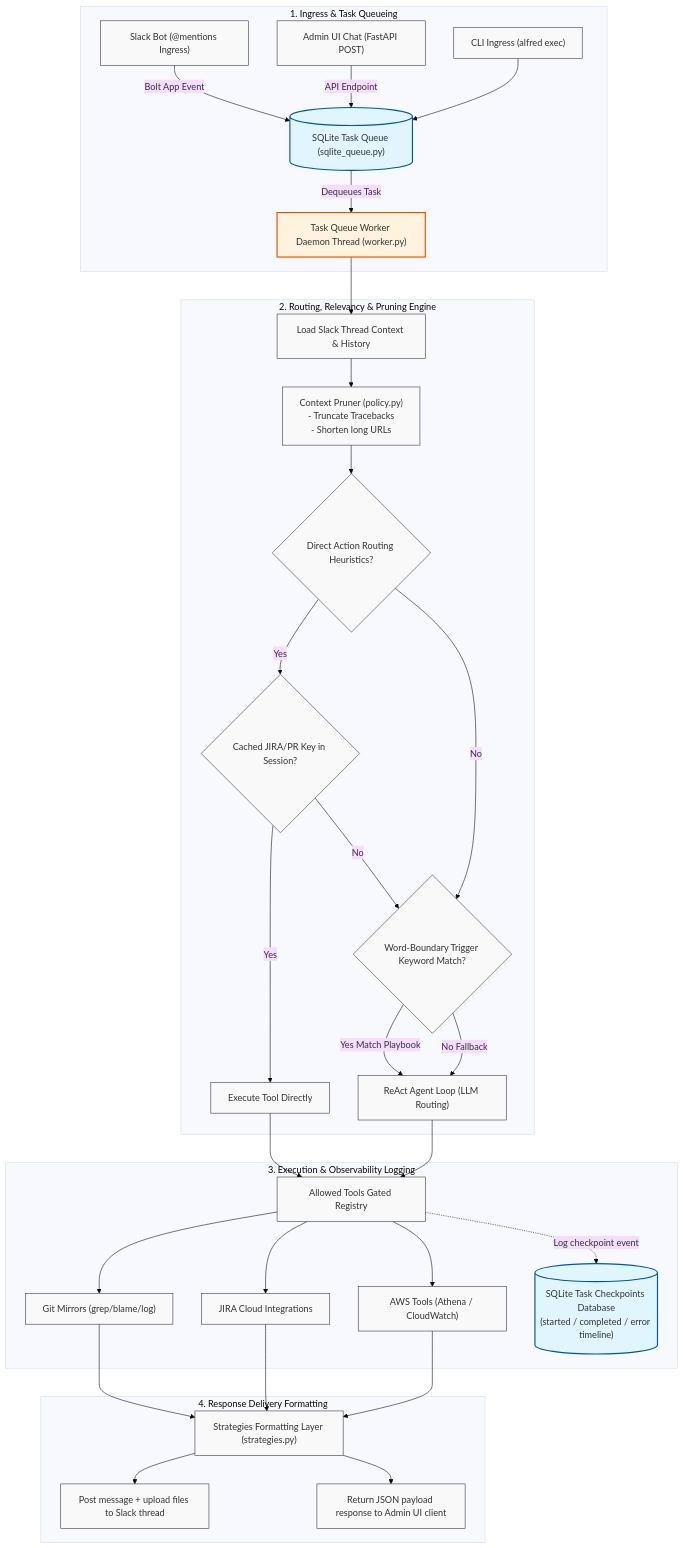
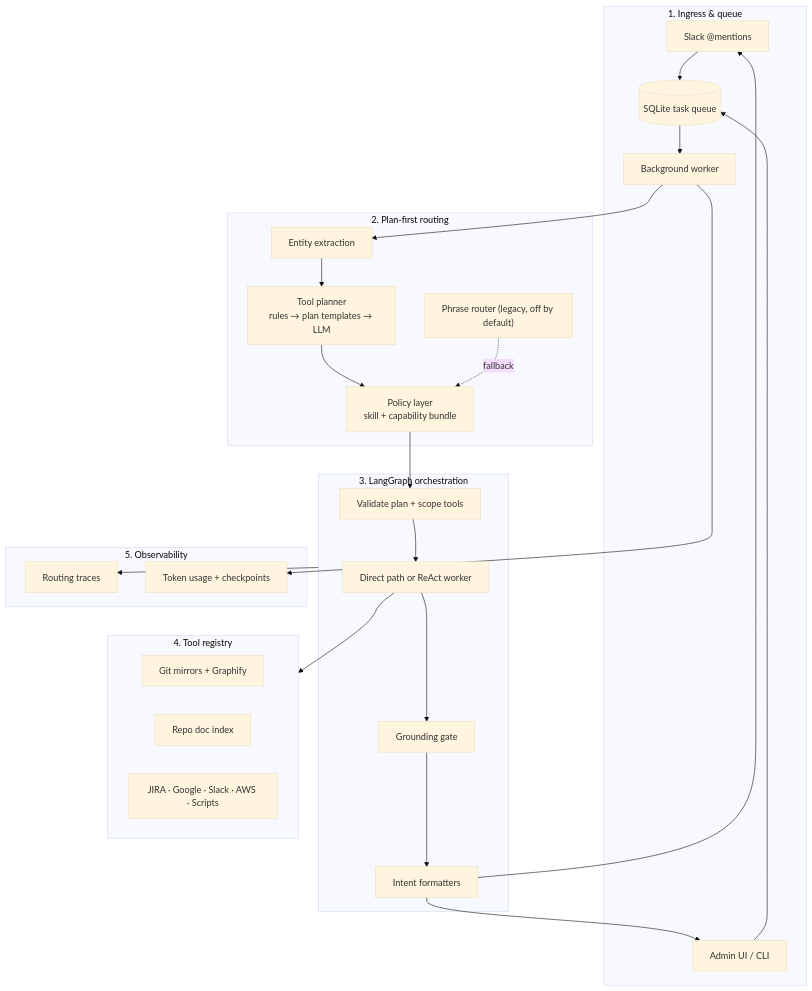
Before and after one commit to Amit3200/alfred: the diagram in README.md, drawn with Mermaid (base theme). The commit also changed other lines of this file and 122 other files, not shown here.

First line of the commit message:
Implement routing revamp (Phases 0–4): LangGraph, plan-first, policies.

````diff
--- a/README.md
+++ b/README.md
@@ -508,70 +508,46 @@
 ```mermaid
-flowchart TD
-    %% Ingress & Queue Layer
-    subgraph Ingress ["1. Ingress & Task Queueing"]
-        Slack["Slack Bot (@mentions Ingress)"]
-        UI["Admin UI Chat (FastAPI POST)"]
-        CLI["CLI Ingress (alfred exec)"]
-        Queue[("SQLite Task Queue (sqlite_queue.py)")]
-        Worker["Task Queue Worker Daemon Thread (worker.py)"]
+flowchart TB
+    subgraph Ingress["1. Ingress & queue"]
+        Slack["Slack @mentions"]
+        UI["Admin UI / CLI"]
+        Queue[("SQLite task queue")]
+        Worker["Background worker"]
     end
 
-    Slack -->|Bolt App Event| Queue
-    UI -->|API Endpoint| Queue
-    CLI --> Queue
-    Queue -->|Dequeues Task| Worker
-
-    %% Context, Routing & Pruning Layer
-    subgraph Engine ["2. Routing, Relevancy & Pruning Engine"]
-        Context["Load Slack Thread Context & History"]
-        Pruner["Context Pruner (policy.py)\n- Truncate Tracebacks\n- Shorten long URLs"]
-        DirectRouter{"Direct Action Routing Heuristics?"}
-        CacheLookup{"Cached JIRA/PR Key in Session?"}
-        DirectExec["Execute Tool Directly"]
-        KeywordMatcher{"Word-Boundary Trigger Keyword Match?"}
-        ReActLoop["ReAct Agent Loop (LLM Routing)"]
+    subgraph Routing["2. Plan-first routing"]
+        Entities["Entity extraction"]
+        Planner["Tool planner\nrules → plan templates → LLM"]
+        Policy["Policy layer\nskill + capability bundle"]
+        Phrase["Phrase router (legacy, off by default)"]
     end
 
-    Worker --> Context
-    Context --> Pruner
-    Pruner --> DirectRouter
-    
-    DirectRouter -->|Yes| CacheLookup
-    CacheLookup -->|Yes| DirectExec
-    CacheLookup -->|No| KeywordMatcher
-    DirectRouter -->|No| KeywordMatcher
-    
-    KeywordMatcher -->|Yes Match Playbook| ReActLoop
-    KeywordMatcher -->|No Fallback| ReActLoop
-
-    %% Execution & Monitoring Layer
-    subgraph Execution ["3. Execution & Observability Logging"]
-        Tools["Allowed Tools Gated Registry"]
-        GitMirror["Git Mirrors (grep/blame/log)"]
-        JIRA["JIRA Cloud Integrations"]
-        AWS["AWS Tools (Athena / CloudWatch)"]
-        Checkpoints[("SQLite Task Checkpoints Database\n(started / completed / error timeline)")]
+    subgraph Graph["3. LangGraph orchestration"]
+        Validate["Validate plan + scope tools"]
+        Exec["Direct path or ReAct worker"]
+        Ground["Grounding gate"]
+        Format["Intent formatters"]
     end
 
-    DirectExec --> Tools
-    ReActLoop --> Tools
-    Tools --> GitMirror & JIRA & AWS
-    Tools -.->|Log checkpoint event| Checkpoints
-
-    %% Delivery Layer
-    subgraph Delivery ["4. Response Delivery Formatting"]
-        Render["Strategies Formatting Layer (strategies.py)"]
-        SlackSend["Post message + upload files to Slack thread"]
-        UISend["Return JSON payload response to Admin UI client"]
+    subgraph Tools["4. Tool registry"]
+        Git["Git mirrors + Graphify"]
+        Docs["Repo doc index"]
+        Jira["JIRA · Google · Slack · AWS · Scripts"]
     end
 
-    GitMirror & JIRA & AWS --> Render
-    Render --> SlackSend
-    Render --> UISend
+    subgraph Admin["5. Observability"]
+        Traces["Routing traces"]
+        Usage["Token usage + checkpoints"]
+    end
 
-    classDef default fill:#f9f9f9,stroke:#333,stroke-width:1px;
-    classDef database fill:#e1f5fe,stroke:#01579b,stroke-width:2px;
-    classDef worker fill:#fff3e0,stroke:#e65100,stroke-width:2px;
-    class Queue,Checkpoints database;
-    class Worker worker;
+    Slack --> Queue
+    UI --> Queue
+    Queue --> Worker
+    Worker --> Entities --> Planner --> Policy
+    Policy --> Validate --> Exec --> Ground --> Format
+    Phrase -.->|fallback| Policy
+    Exec --> Tools
+    Format --> Slack
+    Format --> UI
+    Graph --> Traces
+    Worker --> Usage
 ```
````
